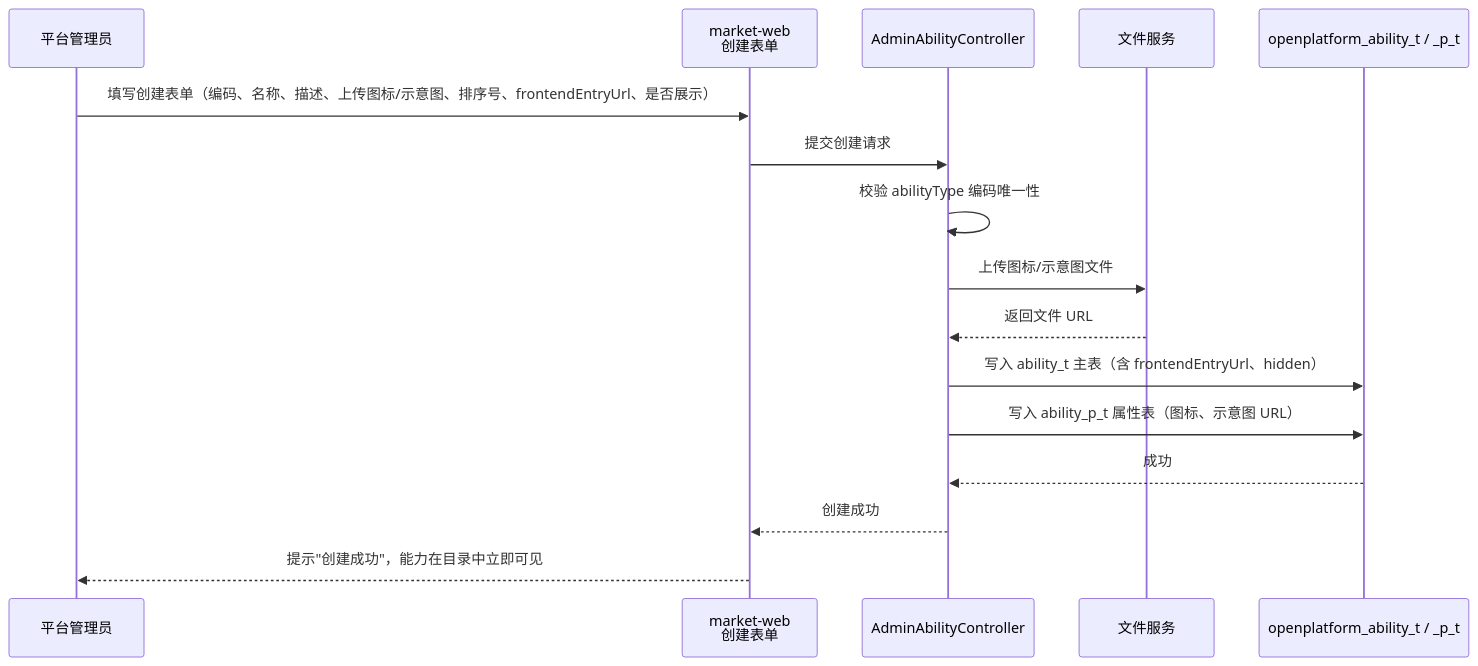
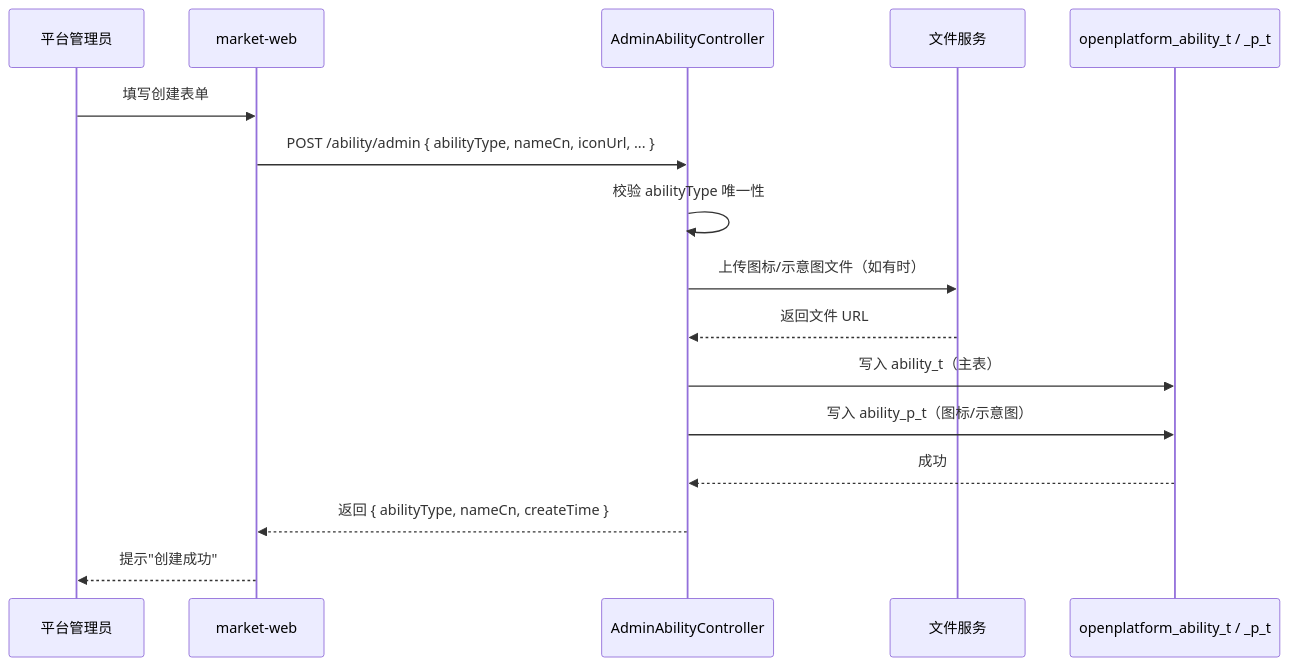
The third of 5 diagrams in .sddu/specs-tree-root/specs-tree-ability-embedding/specs-tree-embedding-platform/plan.md (THZSummer/open-app), drawn with Mermaid before and after one commit. The commit also changed other lines of this file, not shown here.

````diff
--- a/.sddu/specs-tree-root/specs-tree-ability-embedding/specs-tree-embedding-platform/plan.md
+++ b/.sddu/specs-tree-root/specs-tree-ability-embedding/specs-tree-embedding-platform/plan.md
@@ -157,19 +251,19 @@
 ```mermaid
 sequenceDiagram
     participant Admin as 平台管理员
-    participant Web as market-web<br/>创建表单
+    participant Web as market-web
     participant AdminCtrl as AdminAbilityController
     participant FileSvc as 文件服务
     participant DB as openplatform_ability_t / _p_t
 
-    Admin->>Web: 填写创建表单（编码、名称、描述、上传图标/示意图、排序号、frontendEntryUrl、是否展示）
-    Web->>AdminCtrl: 提交创建请求
-    AdminCtrl->>AdminCtrl: 校验 abilityType 编码唯一性
-    AdminCtrl->>FileSvc: 上传图标/示意图文件
+    Admin->>Web: 填写创建表单
+    Web->>AdminCtrl: POST /ability/admin { abilityType, nameCn, iconUrl, ... }
+    AdminCtrl->>AdminCtrl: 校验 abilityType 唯一性
+    AdminCtrl->>FileSvc: 上传图标/示意图文件（如有时）
     FileSvc-->>AdminCtrl: 返回文件 URL
-    AdminCtrl->>DB: 写入 ability_t 主表（含 frontendEntryUrl、hidden）
-    AdminCtrl->>DB: 写入 ability_p_t 属性表（图标、示意图 URL）
+    AdminCtrl->>DB: 写入 ability_t（主表）
+    AdminCtrl->>DB: 写入 ability_p_t（图标/示意图）
     DB-->>AdminCtrl: 成功
-    AdminCtrl-->>Web: 创建成功
-    Web-->>Admin: 提示"创建成功"，能力在目录中立即可见
+    AdminCtrl-->>Web: 返回 { abilityType, nameCn, createTime }
+    Web-->>Admin: 提示"创建成功"
 ```
````
